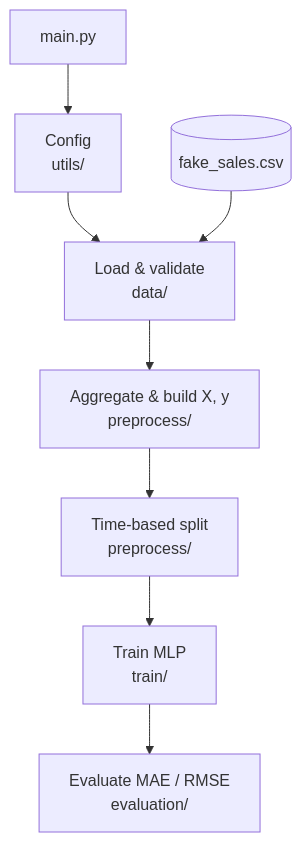
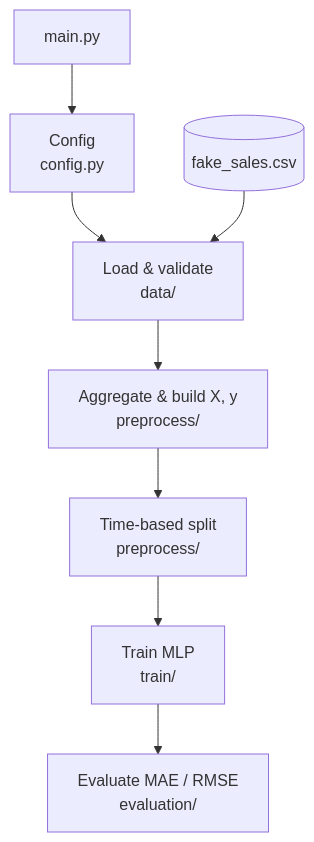
One commit to aliscrodrigues/forecasting-project changed the diagram in README.md. Above: the diagram before and after it, drawn with Mermaid. The commit also changed other lines of this file and 5 other files, not shown here.

First line of the commit message:
Mover config de utils/ para src/config.py.

````diff
--- a/README.md
+++ b/README.md
@@ -60,12 +60,12 @@
 ```mermaid
 flowchart TD
     csv[("fake_sales.csv")]
 
-    main["main.py"] --> config["Config<br/>utils/"]
+    main["main.py"] --> config["Config<br/>config.py"]
     config --> load["Load & validate<br/>data/"]
     csv --> load
     load --> features["Aggregate & build X, y<br/>preprocess/"]
     features --> split["Time-based split<br/>preprocess/"]
     split --> model["Train MLP<br/>train/"]
     model --> metrics["Evaluate MAE / RMSE<br/>evaluation/"]
 ```
````
